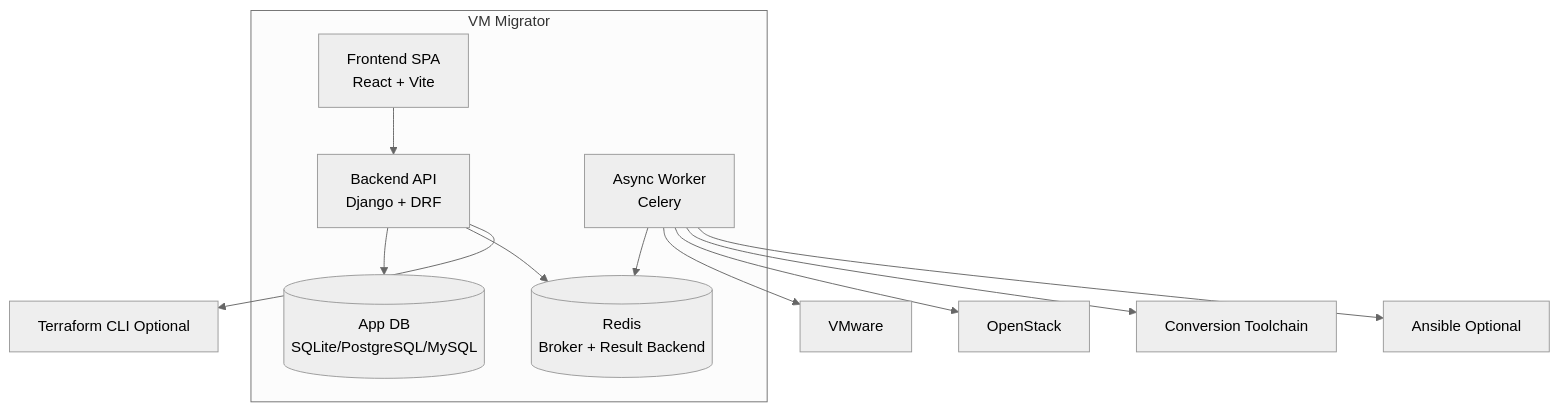
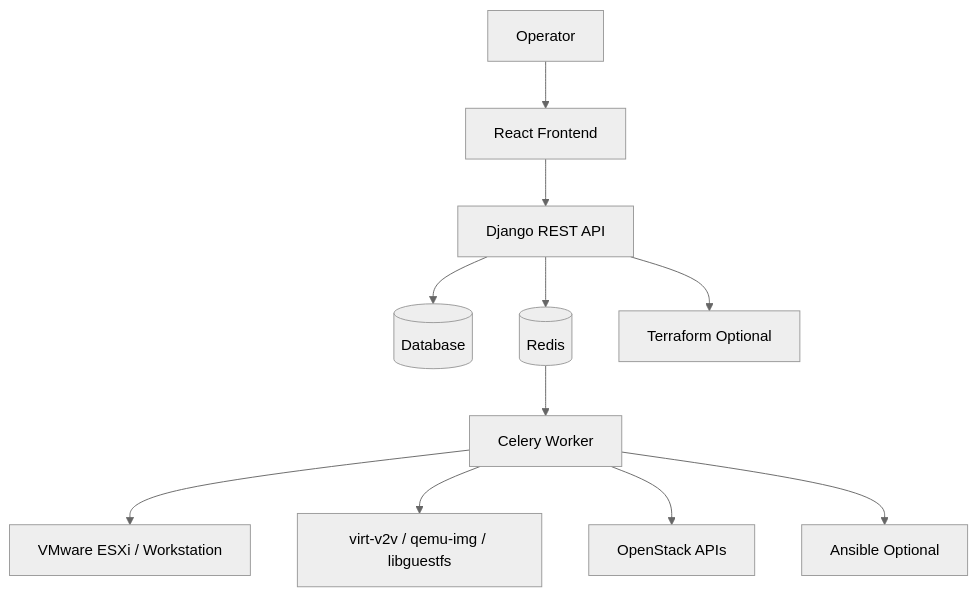
Before and after one commit to amineammari/vm-migrator: the second of 8 diagrams in README.md, drawn with Mermaid (neutral theme). The commit also changed other lines of this file and 1 other file, not shown here.

First line of the commit message:
Add architecture documentation for VM Migrator

````diff
--- a/README.md
+++ b/README.md
@@ -122,21 +100,15 @@
 ```mermaid
-graph TB
-  subgraph VM_Migrator[VM Migrator]
-    FE[Frontend SPA\nReact + Vite]
-    API[Backend API\nDjango + DRF]
-    Worker[Async Worker\nCelery]
-    DB[(App DB\nSQLite/PostgreSQL/MySQL)]
-    Redis[(Redis\nBroker + Result Backend)]
-  end
+graph TD
+  User[Operator] --> FE[React Frontend]
+  FE --> API[Django REST API]
+  API --> DB[(Database)]
+  API --> Redis[(Redis)]
+  Redis --> Worker[Celery Worker]
 
-  FE --> API
-  API --> DB
-  API --> Redis
-  Worker --> Redis
+  Worker --> VMware[VMware ESXi / Workstation]
+  Worker --> Tools[virt-v2v / qemu-img / libguestfs]
+  Worker --> OpenStack[OpenStack APIs]
 
-  Worker --> VMware[VMware]
-  Worker --> OpenStack[OpenStack]
-  Worker --> Tools[Conversion Toolchain]
-  API --> TF[Terraform CLI Optional]
+  API --> TF[Terraform Optional]
   Worker --> Ansible[Ansible Optional]
 ```
````
